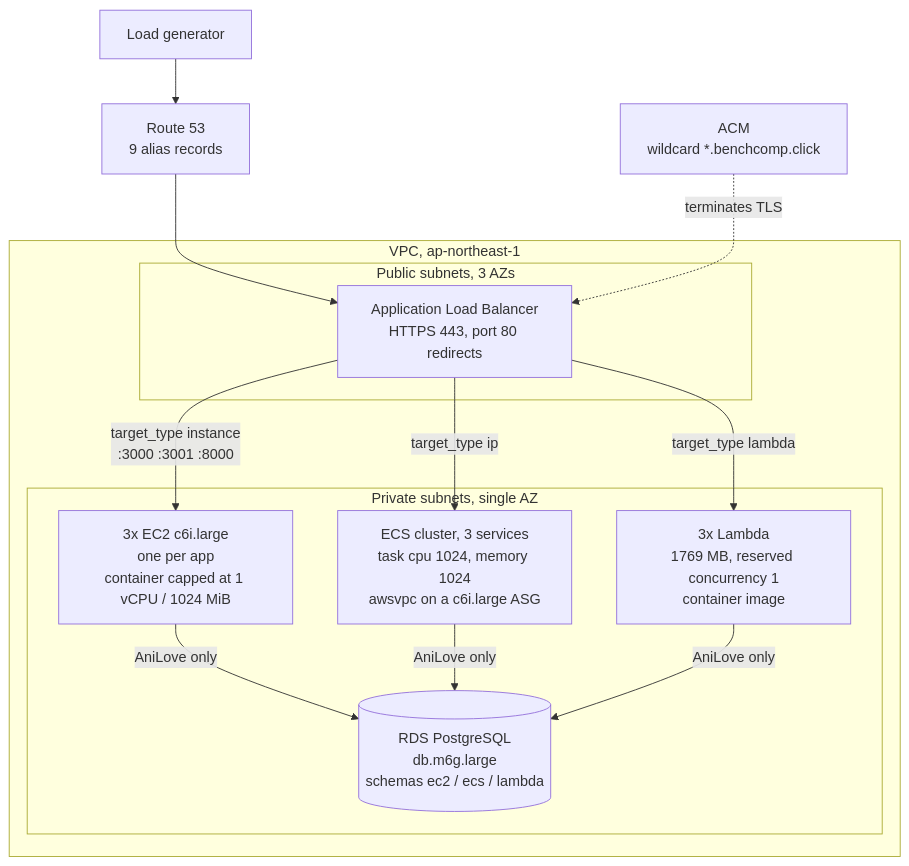
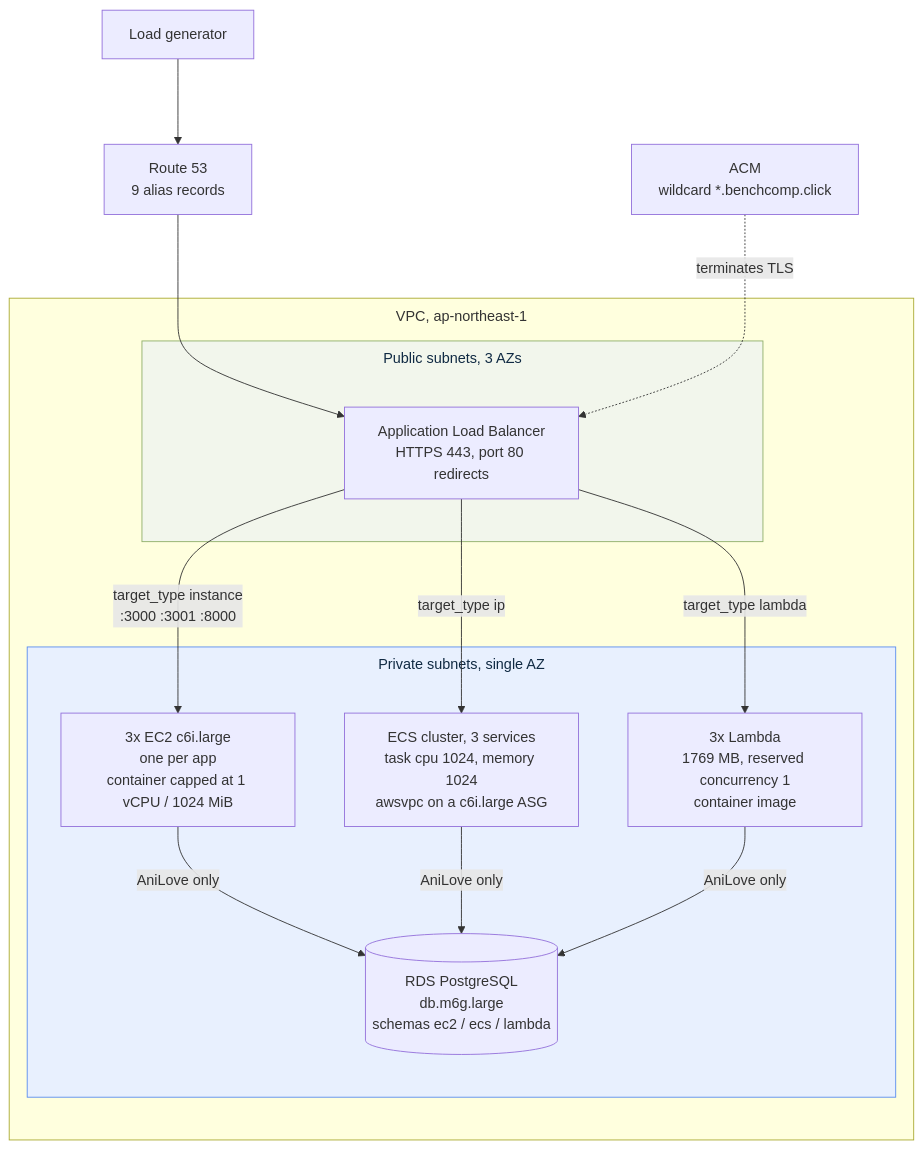
Before and after one commit to panpanpurin/aws-performance-benchmark: the diagram in README.md, drawn with Mermaid. The commit also changed 1 other file, not shown here.

Commit message:
Space the request path diagram and tint the subnet groups

````diff
--- a/README.md
+++ b/README.md
@@ -28,28 +28,32 @@
 ```mermaid
+%%{init: {"flowchart": {"rankSpacing": 95, "nodeSpacing": 55, "subGraphTitleMargin": {"top": 8, "bottom": 18}}}}%%
 flowchart TB
   CLIENT["Load generator"]
   R53["Route 53<br/>9 alias records"]
   ACM["ACM<br/>wildcard *.benchcomp.click"]
 
   subgraph VPC["VPC, ap-northeast-1"]
     subgraph PUB["Public subnets, 3 AZs"]
       ALB["Application Load Balancer<br/>HTTPS 443, port 80 redirects"]
     end
 
     subgraph PRIV["Private subnets, single AZ"]
       EC2["3x EC2 c6i.large<br/>one per app<br/>container capped at 1 vCPU / 1024 MiB"]
       ECS["ECS cluster, 3 services<br/>task cpu 1024, memory 1024<br/>awsvpc on a c6i.large ASG"]
       LAM["3x Lambda<br/>1769 MB, reserved concurrency 1<br/>container image"]
       RDS[("RDS PostgreSQL<br/>db.m6g.large<br/>schemas ec2 / ecs / lambda")]
     end
   end
 
   CLIENT --> R53 --> ALB
   ACM -. terminates TLS .-> ALB
   ALB -- "target_type instance<br/>:3000 :3001 :8000" --> EC2
   ALB -- "target_type ip" --> ECS
   ALB -- "target_type lambda" --> LAM
   EC2 -- "AniLove only" --> RDS
   ECS -- "AniLove only" --> RDS
   LAM -- "AniLove only" --> RDS
+
+  style PRIV fill:#e8f0fe,stroke:#5b8def,color:#102a43
+  style PUB fill:#f2f6ec,stroke:#8fae6a,color:#102a43
 ```
````
